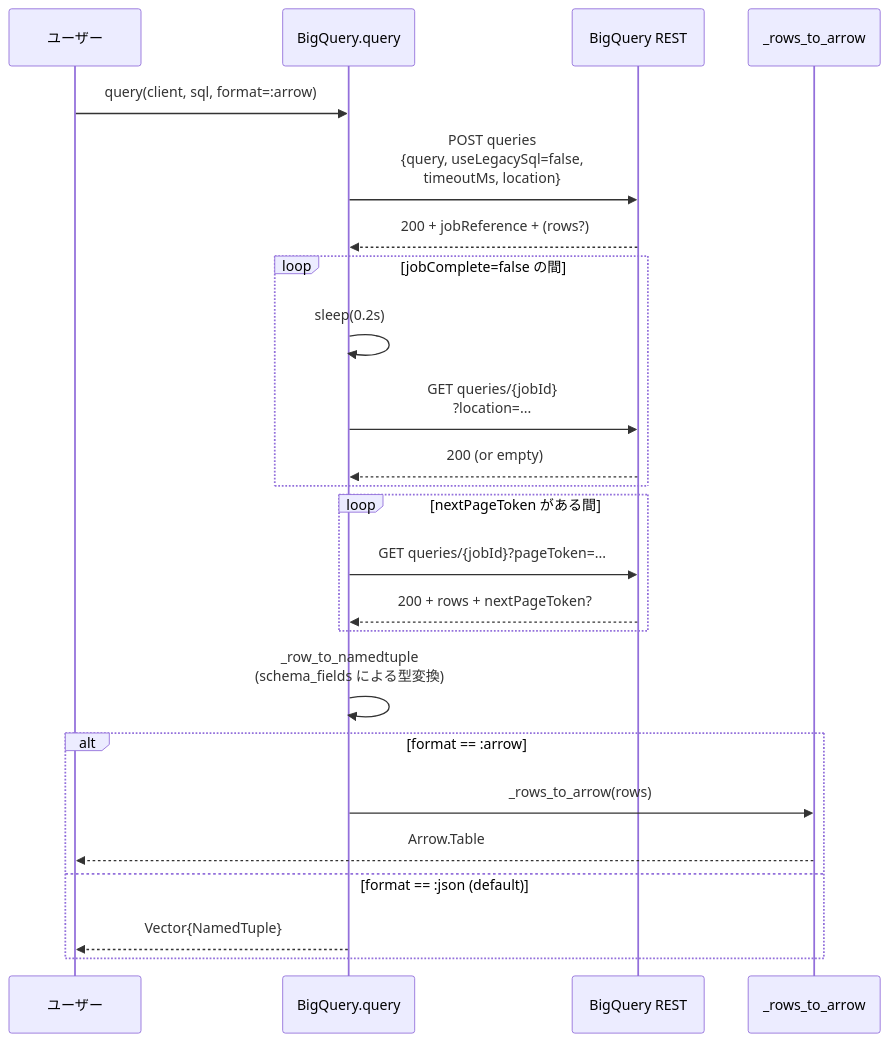
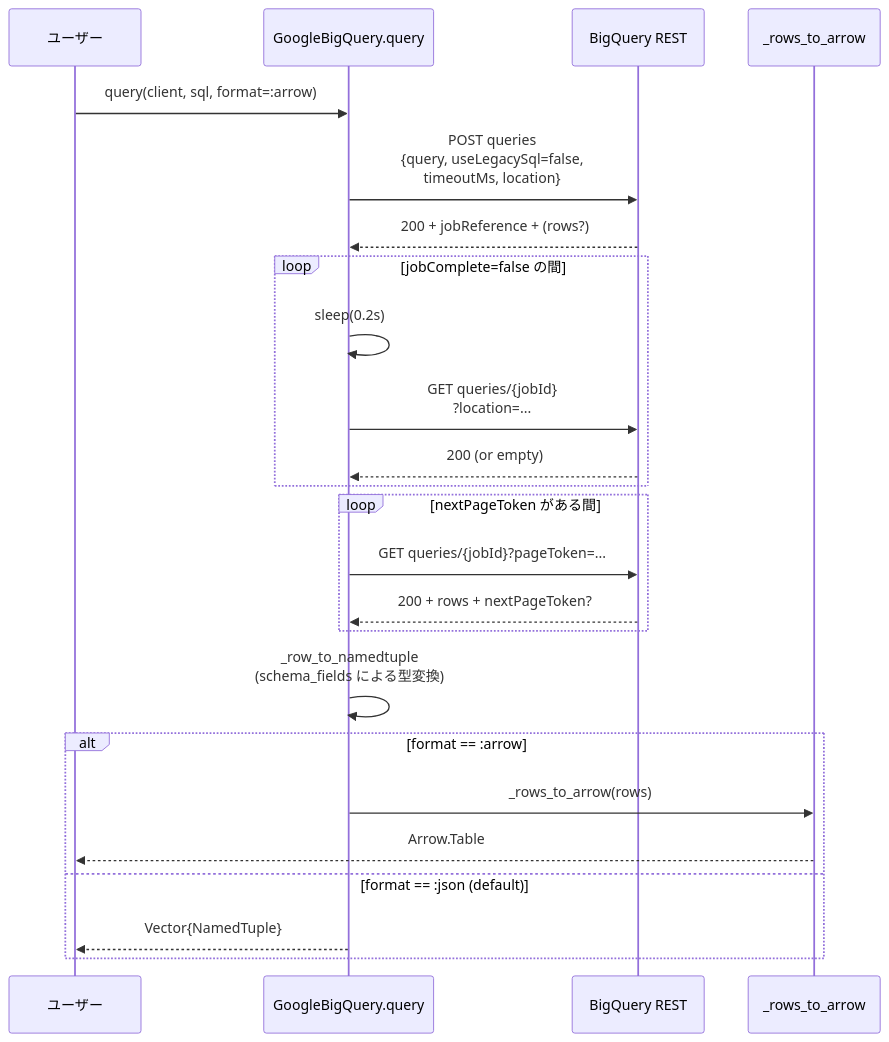
The tenth of 15 diagrams in ARCHITECTURE.md (takuizum/GoogleCloudAPIs.jl), drawn with Mermaid before and after one commit. The commit also changed other lines of this file and 27 other files, not shown here.

First line of the commit message:
rename: BigQuery.jl -> GoogleBigQuery.jl (package + module) (#29)

````diff
--- a/ARCHITECTURE.md
+++ b/ARCHITECTURE.md
@@ -621,31 +621,31 @@
 ```mermaid
 sequenceDiagram
     participant U as ユーザー
-    participant Q as BigQuery.query
+    participant Q as GoogleBigQuery.query
     participant API as BigQuery REST
     participant Cnv as _rows_to_arrow
 
     U->>Q: query(client, sql, format=:arrow)
     Q->>API: POST queries<br/>{query, useLegacySql=false,<br/>timeoutMs, location}
     API-->>Q: 200 + jobReference + (rows?)
 
     loop jobComplete=false の間
         Q->>Q: sleep(0.2s)
         Q->>API: GET queries/{jobId}<br/>?location=...
         API-->>Q: 200 (or empty)
     end
 
     loop nextPageToken がある間
         Q->>API: GET queries/{jobId}?pageToken=...
         API-->>Q: 200 + rows + nextPageToken?
     end
 
     Q->>Q: _row_to_namedtuple<br/>(schema_fields による型変換)
 
     alt format == :arrow
         Q->>Cnv: _rows_to_arrow(rows)
         Cnv-->>U: Arrow.Table
     else format == :json (default)
         Q-->>U: Vector{NamedTuple}
     end
 ```
````
